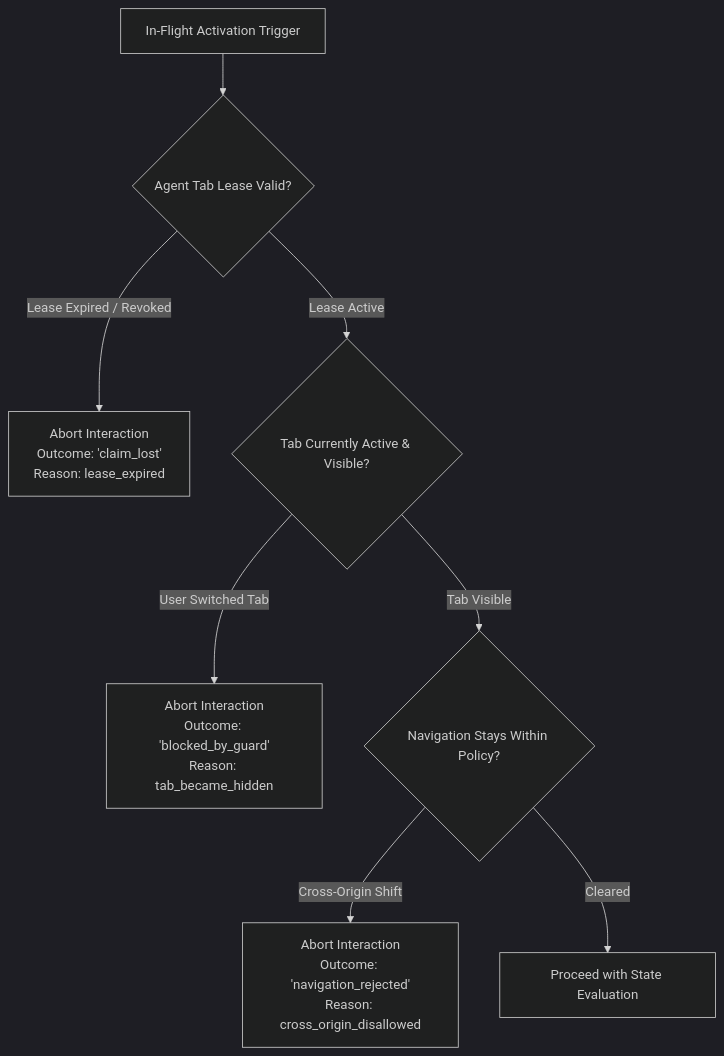
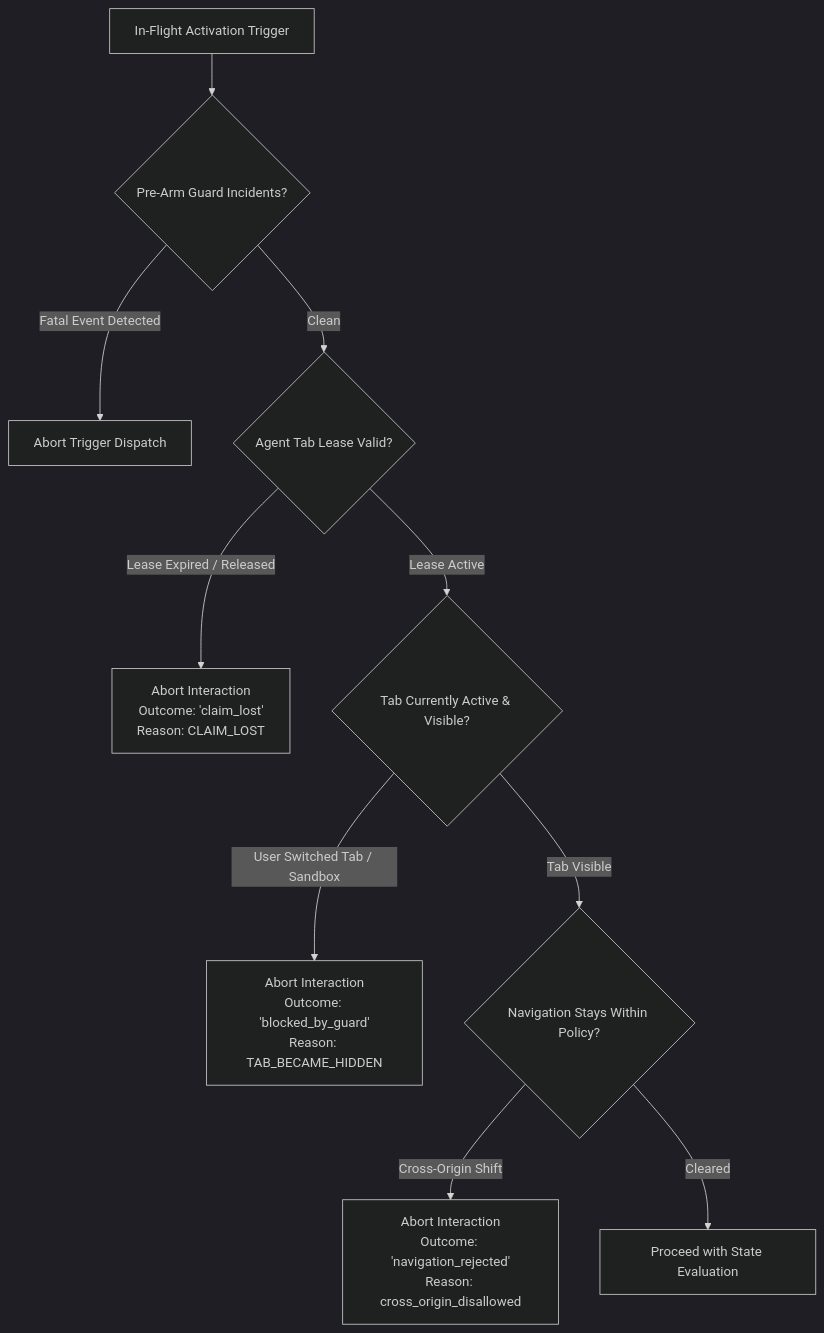
One commit to joelaniol/nova changed the second of 2 diagrams in docs/core-features/crawler-and-discovery/surface-explorer/guard-session-and-invariants/README.md. Above: the diagram before and after it, drawn with Mermaid (dark theme). The commit also changed other lines of this file and 9 other files, not shown here.

Commit message:
docs(consent,crawler): document Stage 1 Consent Guard, tab aliasing, crawler lifecycle and surface exploration

````diff
--- a/docs/core-features/crawler-and-discovery/surface-explorer/guard-session-and-invariants/README.md
+++ b/docs/core-features/crawler-and-discovery/surface-explorer/guard-session-and-invariants/README.md
@@ -81,10 +81,12 @@
 ```mermaid
 flowchart TD
-    Interaction["In-Flight Activation Trigger"] --> LeaseCheck{"Agent Tab Lease Valid?"}
-    LeaseCheck -- Lease Expired / Revoked --> FailClaim["Abort Interaction\nOutcome: 'claim_lost'\nReason: lease_expired"]
-    LeaseCheck -- Lease Active --> VisCheck{"Tab Currently Active & Visible?"}
-    VisCheck -- User Switched Tab --> FailVis["Abort Interaction\nOutcome: 'blocked_by_guard'\nReason: tab_became_hidden"]
-    VisCheck -- Tab Visible --> NavCheck{"Navigation Stays Within Policy?"}
-    NavCheck -- Cross-Origin Shift --> FailNav["Abort Interaction\nOutcome: 'navigation_rejected'\nReason: cross_origin_disallowed"]
-    NavCheck -- Cleared --> Success["Proceed with State Evaluation"]
+    Interaction["In-Flight Activation Trigger"] --> PreArmCheck{"Pre-Arm Guard Incidents?"}
+    PreArmCheck -- "Fatal Event Detected" --> AbortPreArm["Abort Trigger Dispatch"]
+    PreArmCheck -- "Clean" --> LeaseCheck{"Agent Tab Lease Valid?"}
+    LeaseCheck -- "Lease Expired / Released" --> FailClaim["Abort Interaction\nOutcome: 'claim_lost'\nReason: CLAIM_LOST"]
+    LeaseCheck -- "Lease Active" --> VisCheck{"Tab Currently Active & Visible?"}
+    VisCheck -- "User Switched Tab / Sandbox" --> FailVis["Abort Interaction\nOutcome: 'blocked_by_guard'\nReason: TAB_BECAME_HIDDEN"]
+    VisCheck -- "Tab Visible" --> NavCheck{"Navigation Stays Within Policy?"}
+    NavCheck -- "Cross-Origin Shift" --> FailNav["Abort Interaction\nOutcome: 'navigation_rejected'\nReason: cross_origin_disallowed"]
+    NavCheck -- "Cleared" --> Success["Proceed with State Evaluation"]
 ```
````
